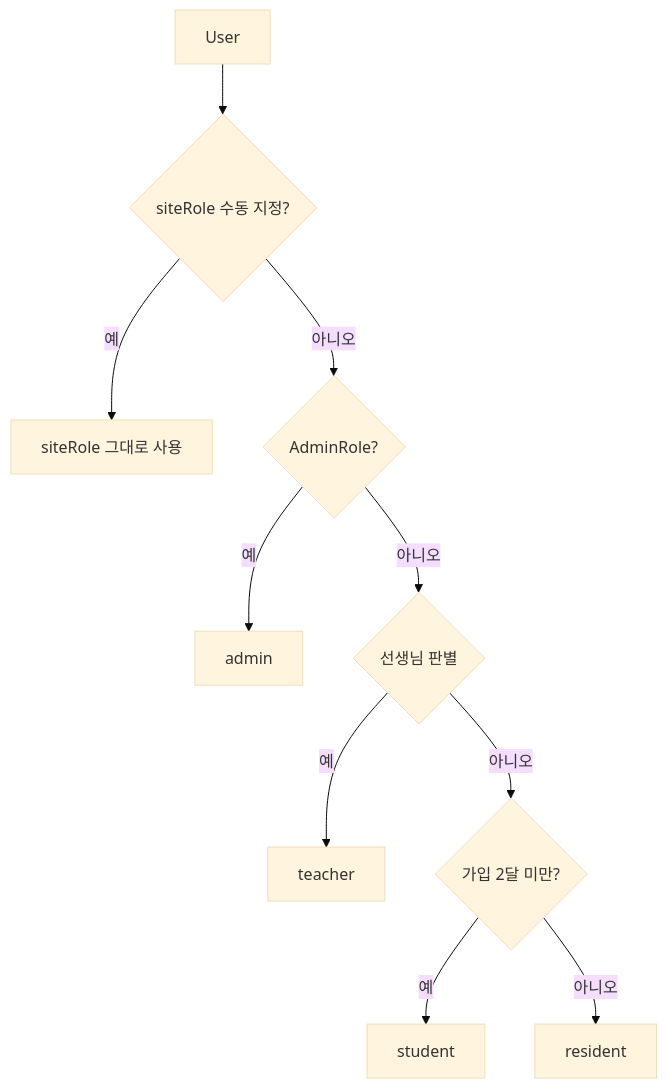
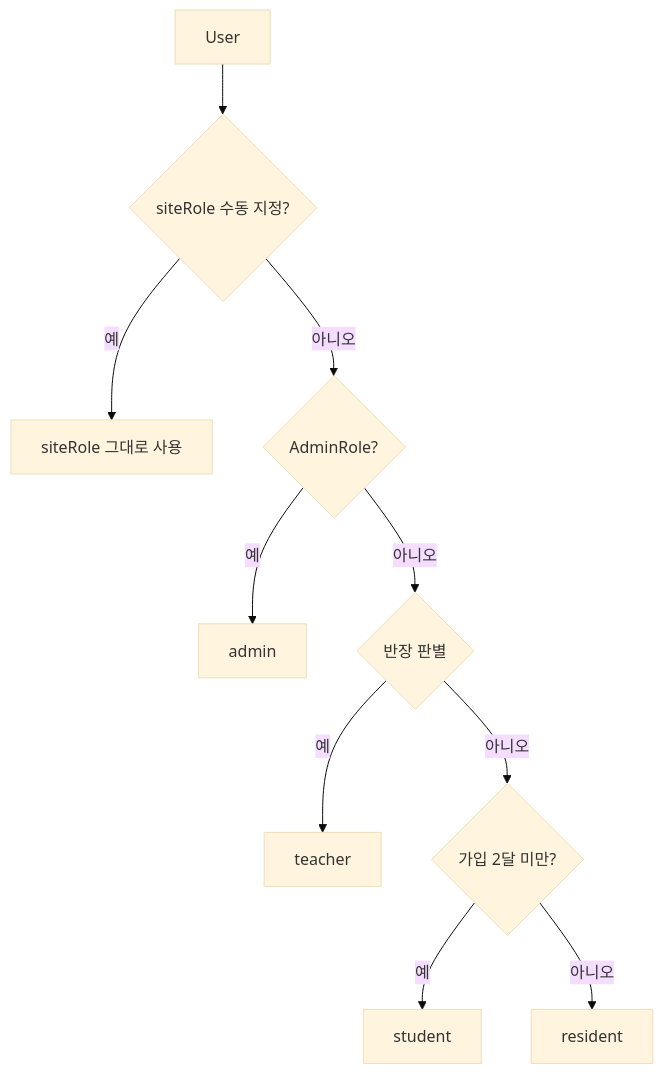
One commit to zyansuh/ow_school changed the first of 3 diagrams in README.md. Above: the diagram before and after it, drawn with Mermaid (base theme). The commit also changed other lines of this file and 1 other file, not shown here.

First line of the commit message:
docs: README·로드맵 선생님 표기를 반장으로 갱신

````diff
--- a/README.md
+++ b/README.md
@@ -85,12 +85,12 @@
 ```mermaid
 flowchart TD
     A[User] --> B{siteRole 수동 지정?}
     B -->|예| C[siteRole 그대로 사용]
     B -->|아니오| D{AdminRole?}
     D -->|예| E[admin]
-    D -->|아니오| F{선생님 판별}
+    D -->|아니오| F{반장 판별}
     F -->|예| G[teacher]
     F -->|아니오| H{가입 2달 미만?}
     H -->|예| I[student]
     H -->|아니오| J[resident]
 ```
````
